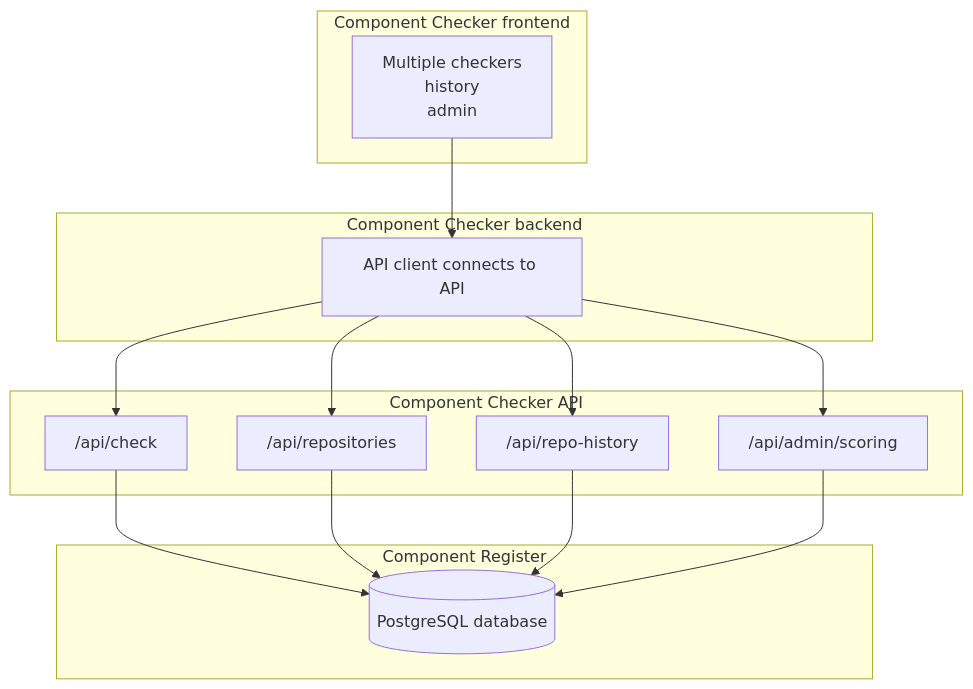
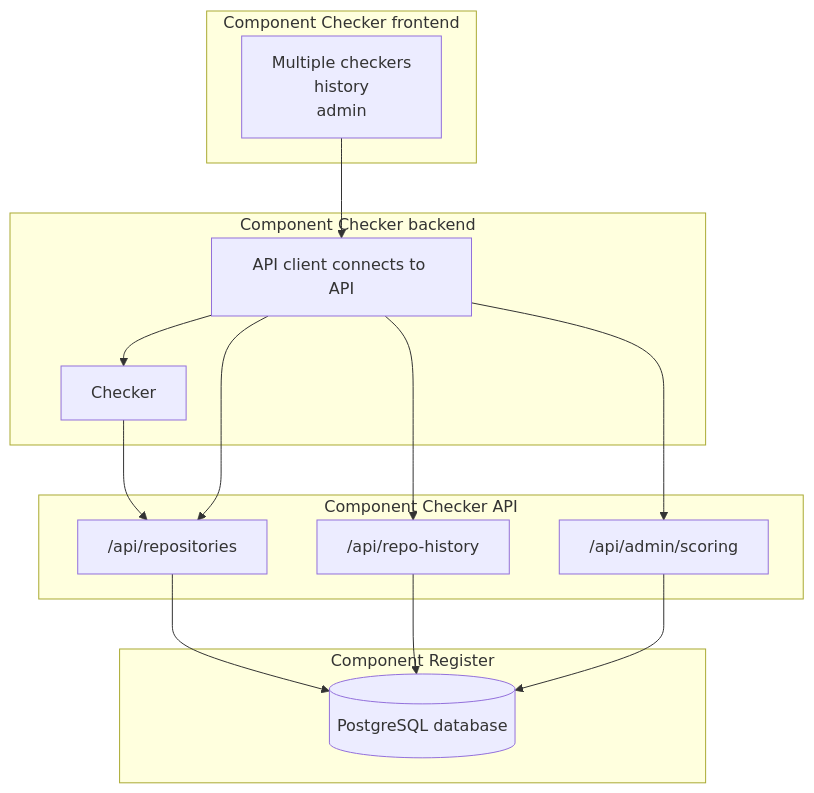
One commit to Hugo-ter-Doest/CommonGroundChecker changed the first of 2 diagrams in README.md. Above: the diagram before and after it, drawn with Mermaid.

Commit message:
Update diagram

````diff
--- a/README.md
+++ b/README.md
@@ -169,28 +169,28 @@
 ```mermaid
 flowchart TB
     subgraph FRONTEND["Component Checker frontend"]
         FRONTEND_UI["Multiple checkers<br/>history<br/>admin"]
     end
     subgraph BACKEND["Component Checker backend"]
         BACKEND_API["API client connects to API"]
+        BACKEND_CHECKER["Checker"]
     end
     subgraph API["Component Checker API"]
-        API_CHECK["/api/check"]
         API_REPOS["/api/repositories"]
         API_HISTORY["/api/repo-history"]
         API_SCORING["/api/admin/scoring"]
     end
     subgraph REGISTER["Component Register"]
         DB[(PostgreSQL database)]
     end
 
     FRONTEND_UI --> BACKEND_API
-    BACKEND_API --> API_CHECK
+    BACKEND_API --> BACKEND_CHECKER
+    BACKEND_CHECKER --> API_REPOS
     BACKEND_API --> API_REPOS
     BACKEND_API --> API_HISTORY
     BACKEND_API --> API_SCORING
-    API_CHECK --> DB
     API_REPOS --> DB
     API_HISTORY --> DB
     API_SCORING --> DB
 ```
````
